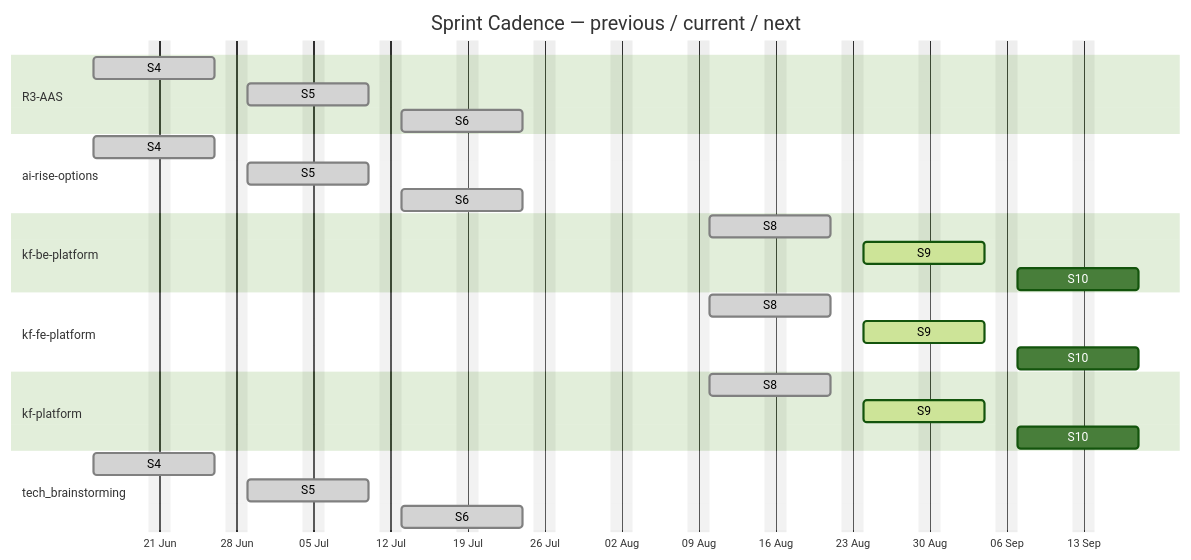
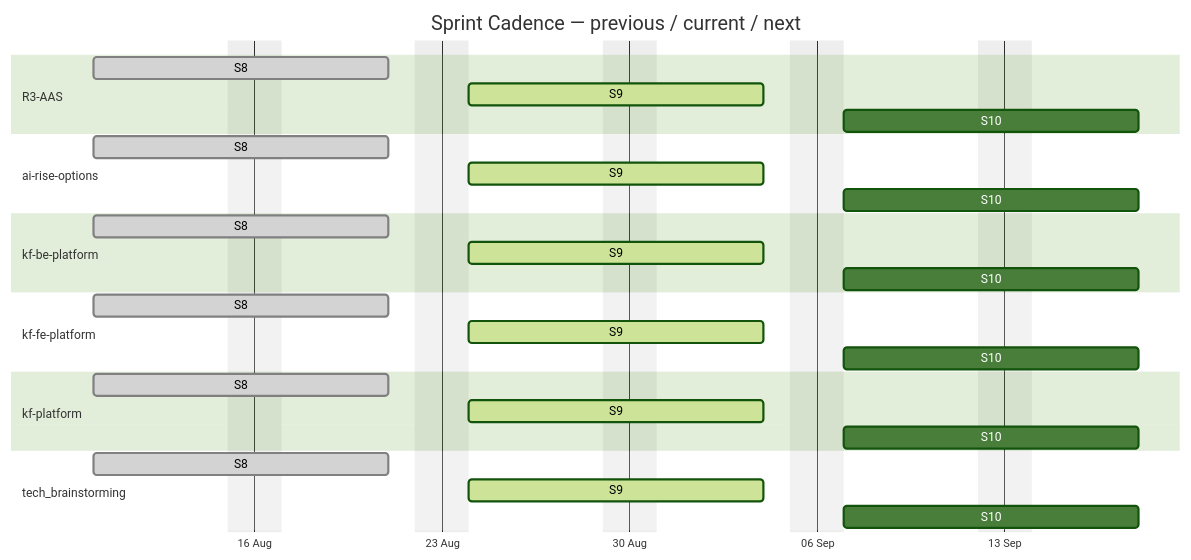
Before and after one commit to Katty-Fashion/kf-cpto: the first of 4 diagrams in docs/agile-sprints.md, drawn with Mermaid (forest theme). The commit also changed other lines of this file and 47 other files, not shown here.

````diff
--- a/docs/agile-sprints.md
+++ b/docs/agile-sprints.md
@@ -12,32 +12,32 @@
 ```mermaid
 gantt
     title Sprint Cadence — previous / current / next
     dateFormat YYYY-MM-DD
     axisFormat %d %b
     excludes weekends
 
     section R3-AAS
-    S4 :done, 2026-06-15, 2026-06-26
-    S5 :done, 2026-06-29, 2026-07-10
-    S6 :done, 2026-07-13, 2026-07-24
+    S8 :done, 2026-08-10, 2026-08-21
+    S9 :active, 2026-08-24, 2026-09-04
+    S10 :2026-09-07, 2026-09-18
     section ai-rise-options
-    S4 :done, 2026-06-15, 2026-06-26
-    S5 :done, 2026-06-29, 2026-07-10
-    S6 :done, 2026-07-13, 2026-07-24
+    S8 :done, 2026-08-10, 2026-08-21
+    S9 :active, 2026-08-24, 2026-09-04
+    S10 :2026-09-07, 2026-09-18
     section kf-be-platform
     S8 :done, 2026-08-10, 2026-08-21
     S9 :active, 2026-08-24, 2026-09-04
     S10 :2026-09-07, 2026-09-18
     section kf-fe-platform
     S8 :done, 2026-08-10, 2026-08-21
     S9 :active, 2026-08-24, 2026-09-04
     S10 :2026-09-07, 2026-09-18
     section kf-platform
     S8 :done, 2026-08-10, 2026-08-21
     S9 :active, 2026-08-24, 2026-09-04
     S10 :2026-09-07, 2026-09-18
     section tech_brainstorming
-    S4 :done, 2026-06-15, 2026-06-26
-    S5 :done, 2026-06-29, 2026-07-10
-    S6 :done, 2026-07-13, 2026-07-24
+    S8 :done, 2026-08-10, 2026-08-21
+    S9 :active, 2026-08-24, 2026-09-04
+    S10 :2026-09-07, 2026-09-18
 ```
````
